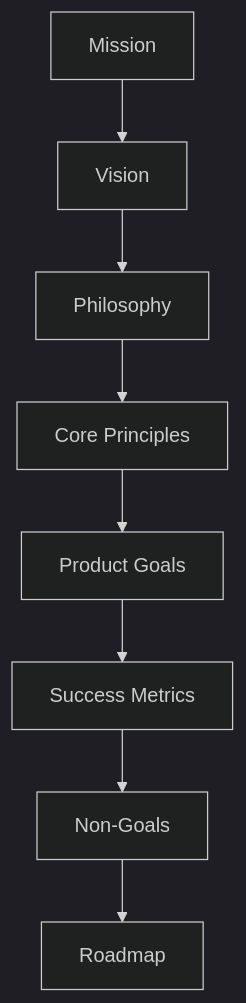
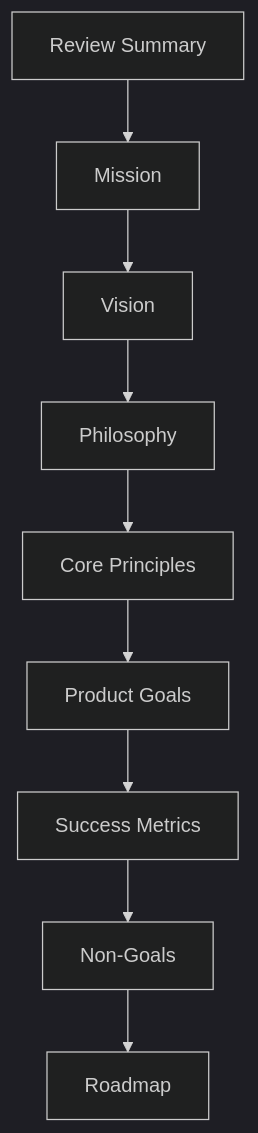
The diagram in docs/00_Vision/README.md (63zico/doya-os), drawn with Mermaid (dark theme) before and after one commit. The commit also changed other lines of this file and 9 other files, not shown here.

````diff
--- a/docs/00_Vision/README.md
+++ b/docs/00_Vision/README.md
@@ -63,10 +67,11 @@
 ```mermaid
 flowchart TD
-    Mission["Mission"] --> Vision["Vision"]
+    Review["Review Summary"] --> Mission["Mission"]
+    Mission --> Vision["Vision"]
     Vision --> Philosophy["Philosophy"]
     Philosophy --> Principles["Core Principles"]
     Principles --> Goals["Product Goals"]
     Goals --> Metrics["Success Metrics"]
     Metrics --> NonGoals["Non-Goals"]
     NonGoals --> Roadmap["Roadmap"]
 ```
````
